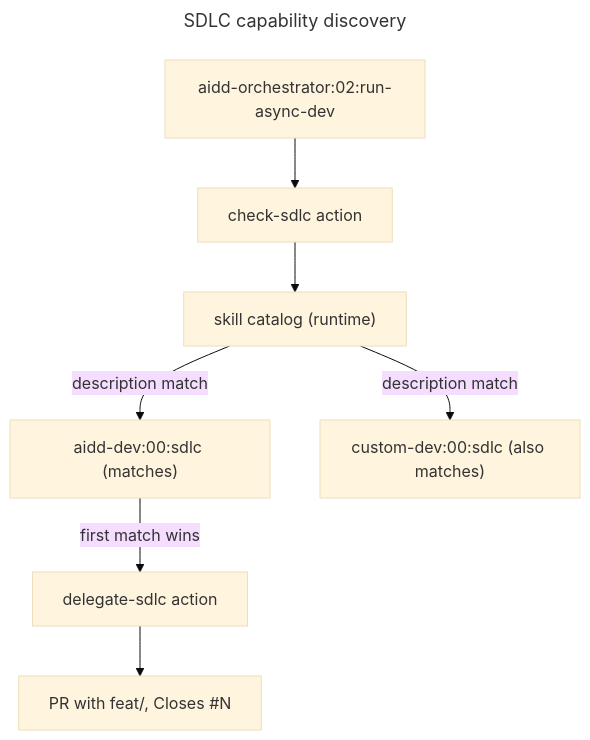
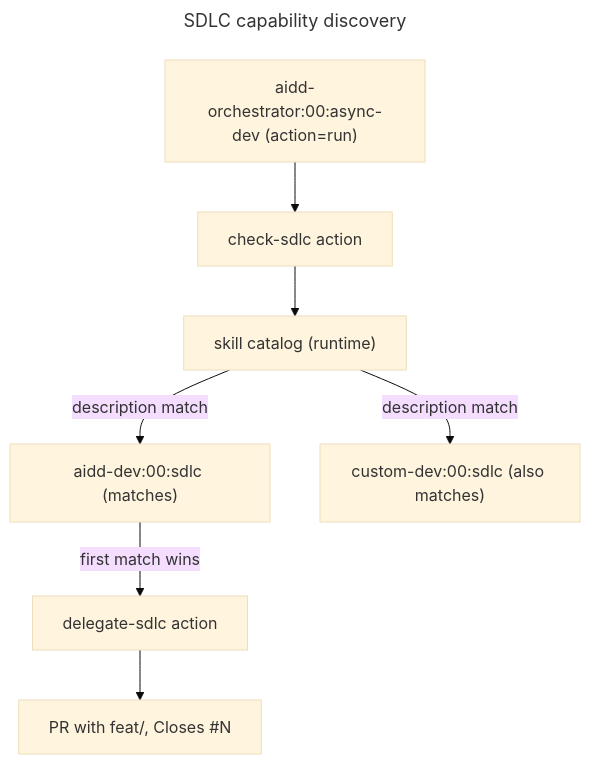
Before and after one commit to ai-driven-dev/framework: the third of 3 diagrams in docs/ARCHITECTURE.md, drawn with Mermaid (base theme). The commit also changed 49 other files, not shown here.

First line of the commit message:
feat(aidd-orchestrator): fuse async-dev skills into single router

````diff
--- a/docs/ARCHITECTURE.md
+++ b/docs/ARCHITECTURE.md
@@ -106,20 +106,20 @@
 ```mermaid
 ---
 title: SDLC capability discovery
 ---
 flowchart TB
-  Run["aidd-orchestrator:02:run-async-dev"]
+  Run["aidd-orchestrator:00:async-dev (action=run)"]
   Discover["check-sdlc action"]
   Catalog["skill catalog (runtime)"]
   SDLC1["aidd-dev:00:sdlc (matches)"]
   SDLC2["custom-dev:00:sdlc (also matches)"]
   Delegate["delegate-sdlc action"]
   Result["PR with feat/<slug>, Closes #N"]
 
   Run --> Discover
   Discover --> Catalog
   Catalog -->|description match| SDLC1
   Catalog -->|description match| SDLC2
   SDLC1 -->|first match wins| Delegate
   Delegate --> Result
 ```
````
